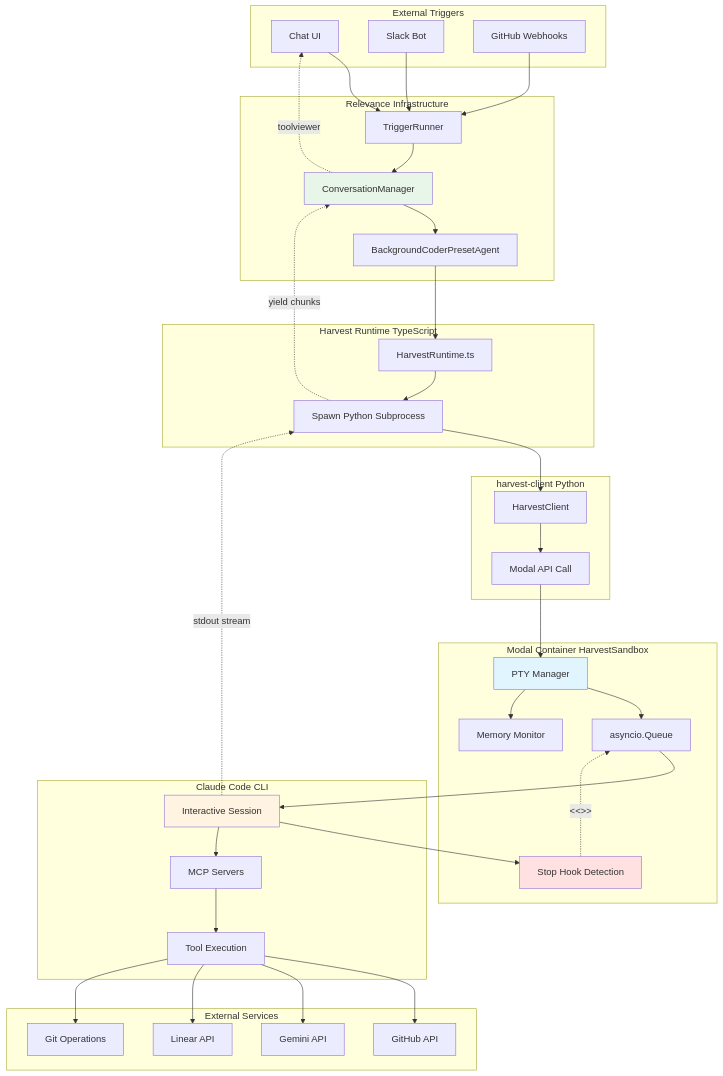
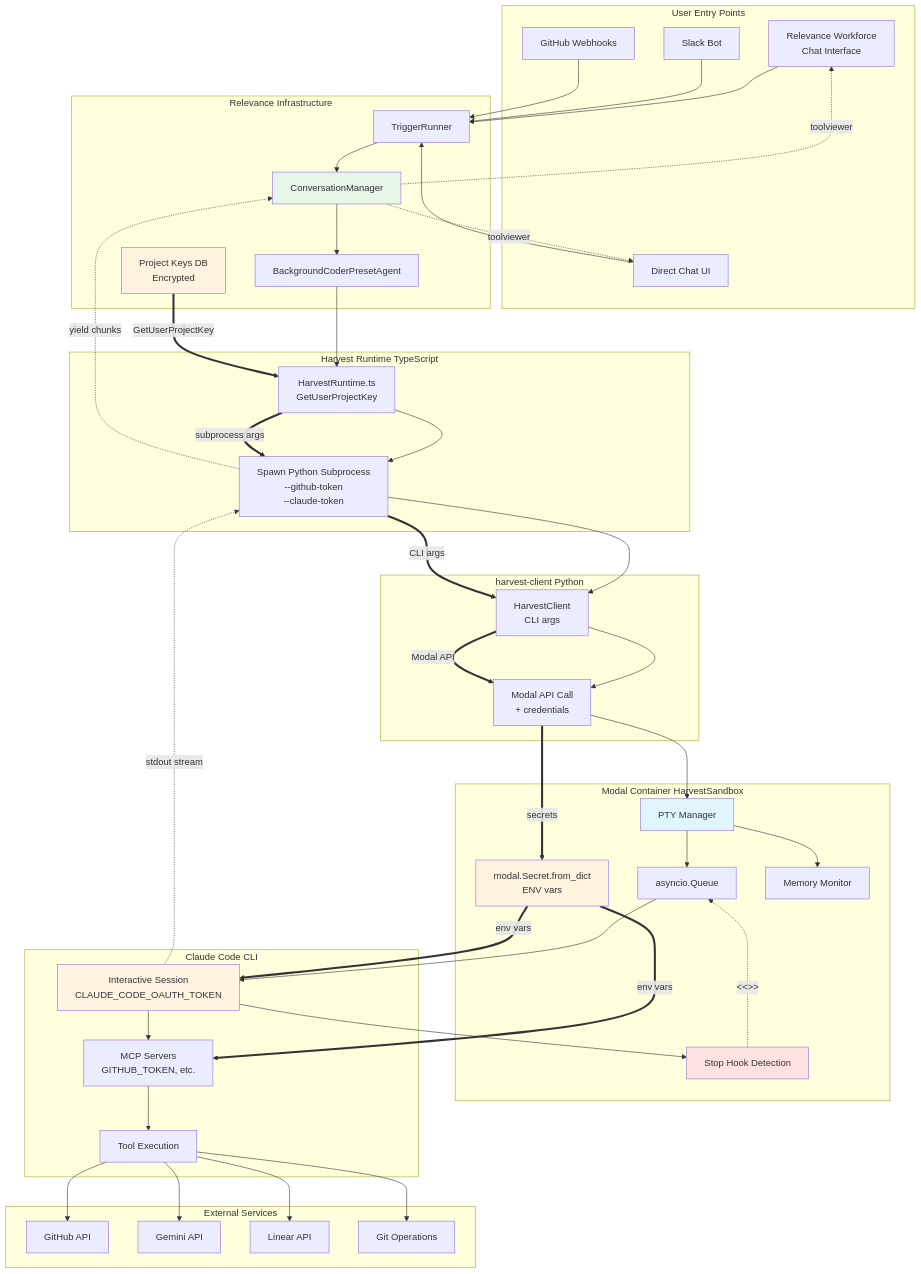
Before and after one commit to RelevanceAI/harvest: the second of 3 diagrams in .claude/plans/feat-harvest-pty-interactive-sessions/EXEC_SUMMARY.md, drawn with Mermaid. The commit also changed other lines of this file, not shown here.

Commit message:
docs: add secrets flow and Workforce to architecture diagram
Updates to Complete System Architecture diagram:
- Add Relevance Workforce as primary user entry point
- Add Project Keys DB (encrypted) node in Relevance Infrastructure
- Add modal.Secret.from_dict node in Modal Container
- Show secrets flow with thick arrows (==>) from DB → GetUserProjectKey → subprocess args → Modal API → env vars
- Annotate nodes with credential details (CLAUDE_CODE_OAUTH_TOKEN, GITHUB_TOKEN, etc.)
- Color-code secrets components (orange) for visibility
- Update text to explain all three data flows: prompts, output, and secrets

Now shows complete security picture for design review.

````diff
--- a/.claude/plans/feat-harvest-pty-interactive-sessions/EXEC_SUMMARY.md
+++ b/.claude/plans/feat-harvest-pty-interactive-sessions/EXEC_SUMMARY.md
@@ -126,28 +126,31 @@
 ```mermaid
 graph TD
-    subgraph "External Triggers"
-        A1[Chat UI]
+    subgraph "User Entry Points"
+        A0[Relevance Workforce<br/>Chat Interface]
+        A1[Direct Chat UI]
         A2[Slack Bot]
         A3[GitHub Webhooks]
     end
 
     subgraph "Relevance Infrastructure"
+        B0[Project Keys DB<br/>Encrypted]
         B1[TriggerRunner]
         B2[ConversationManager]
         B3[BackgroundCoderPresetAgent]
     end
 
     subgraph "Harvest Runtime TypeScript"
-        C1[HarvestRuntime.ts]
-        C2[Spawn Python Subprocess]
+        C1[HarvestRuntime.ts<br/>GetUserProjectKey]
+        C2[Spawn Python Subprocess<br/>--github-token<br/>--claude-token]
     end
 
     subgraph "harvest-client Python"
-        D1[HarvestClient]
-        D2[Modal API Call]
+        D1[HarvestClient<br/>CLI args]
+        D2[Modal API Call<br/>+ credentials]
     end
 
     subgraph "Modal Container HarvestSandbox"
+        E0[modal.Secret.from_dict<br/>ENV vars]
         E1[PTY Manager]
         E2[asyncio.Queue]
         E3[Stop Hook Detection]
@@ -155,8 +158,8 @@
     end
 
     subgraph "Claude Code CLI"
-        F1[Interactive Session]
-        F2[MCP Servers]
+        F1[Interactive Session<br/>CLAUDE_CODE_OAUTH_TOKEN]
+        F2[MCP Servers<br/>GITHUB_TOKEN, etc.]
         F3[Tool Execution]
     end
 
@@ -167,6 +170,7 @@
         G4[Git Operations]
     end
 
+    A0 --> B1
     A1 --> B1
     A2 --> B1
     A3 --> B1
@@ -191,10 +195,21 @@
 
     F1 -.->|stdout stream| C2
     C2 -.->|yield chunks| B2
+    B2 -.->|toolviewer| A0
     B2 -.->|toolviewer| A1
+
+    B0 ==>|GetUserProjectKey| C1
+    C1 ==>|subprocess args| C2
+    C2 ==>|CLI args| D1
+    D1 ==>|Modal API| D2
+    D2 ==>|secrets| E0
+    E0 ==>|env vars| F1
+    E0 ==>|env vars| F2
 
     style E1 fill:#e1f5ff
     style F1 fill:#fff4e1
     style E3 fill:#ffe1e1
     style B2 fill:#e8f5e9
+    style B0 fill:#fff3e0
+    style E0 fill:#fff3e0
 ```
````
